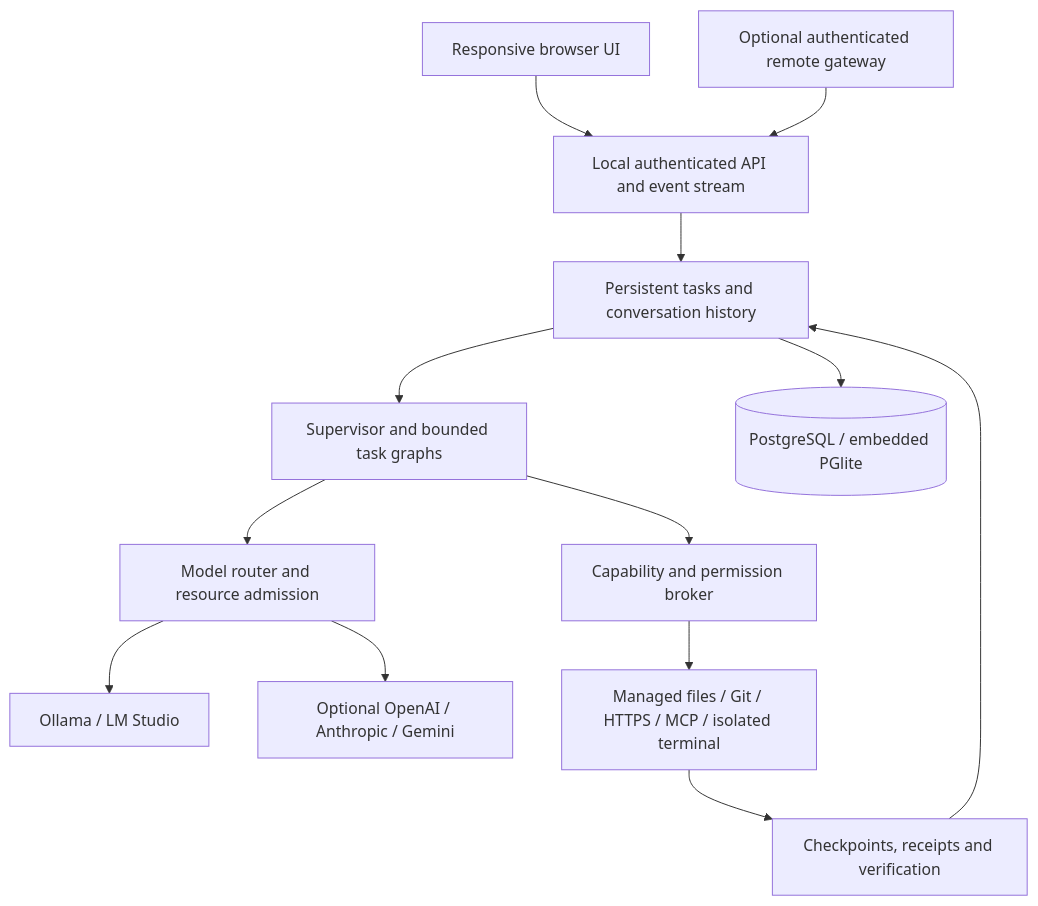
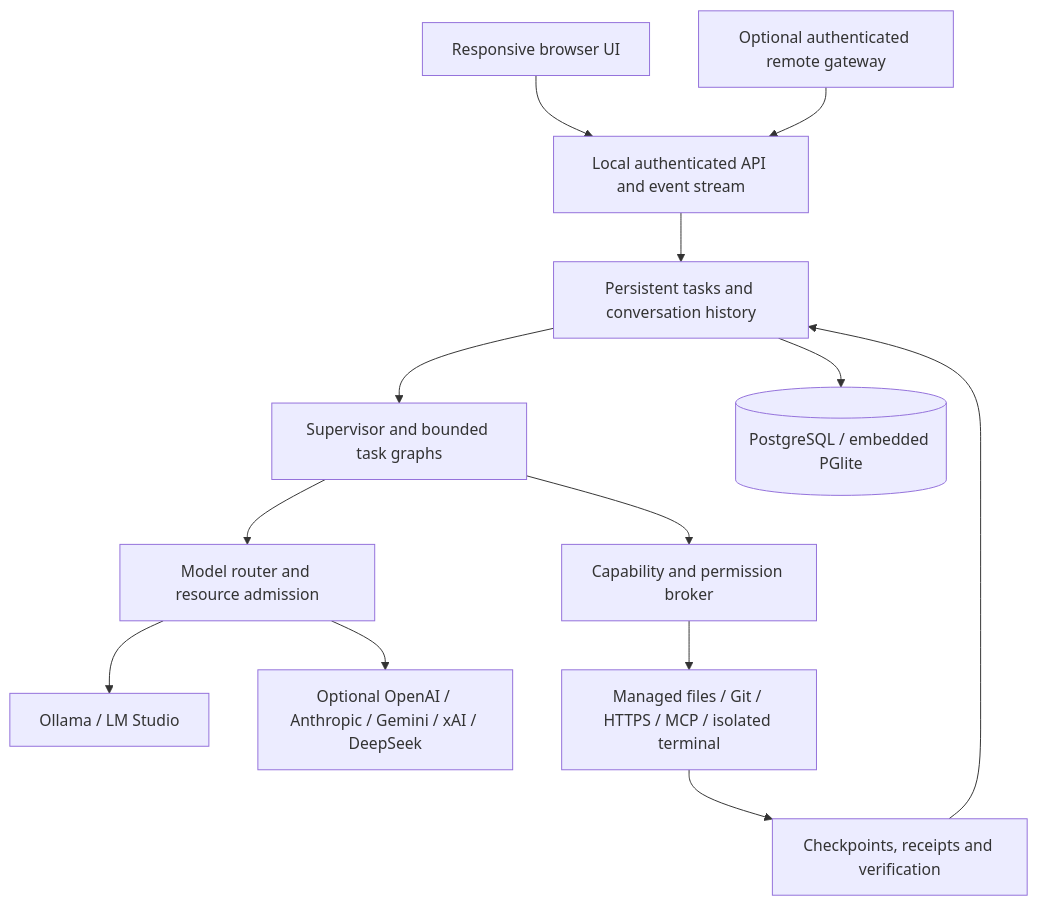
The diagram in README.md (YardenNitsan/Relay), drawn with Mermaid before and after one commit. The commit also changed other lines of this file and 190 other files, not shown here.

````diff
--- a/README.md
+++ b/README.md
@@ -106,15 +131,15 @@
 ```mermaid
 flowchart TD
     Browser[Responsive browser UI] --> API[Local authenticated API and event stream]
     Remote[Optional authenticated remote gateway] --> API
     API --> Tasks[Persistent tasks and conversation history]
     Tasks --> Supervisor[Supervisor and bounded task graphs]
     Supervisor --> Router[Model router and resource admission]
     Router --> Local[Ollama / LM Studio]
-    Router --> Cloud[Optional OpenAI / Anthropic / Gemini]
+    Router --> Cloud[Optional OpenAI / Anthropic / Gemini / xAI / DeepSeek]
     Supervisor --> Broker[Capability and permission broker]
     Broker --> Tools[Managed files / Git / HTTPS / MCP / isolated terminal]
     Tools --> Evidence[Checkpoints, receipts and verification]
     Evidence --> Tasks
     Tasks --> Database[(PostgreSQL / embedded PGlite)]
 ```
````
